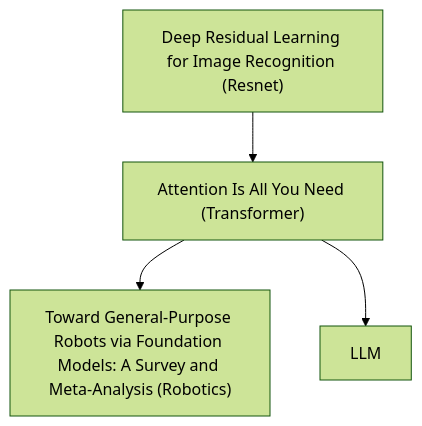
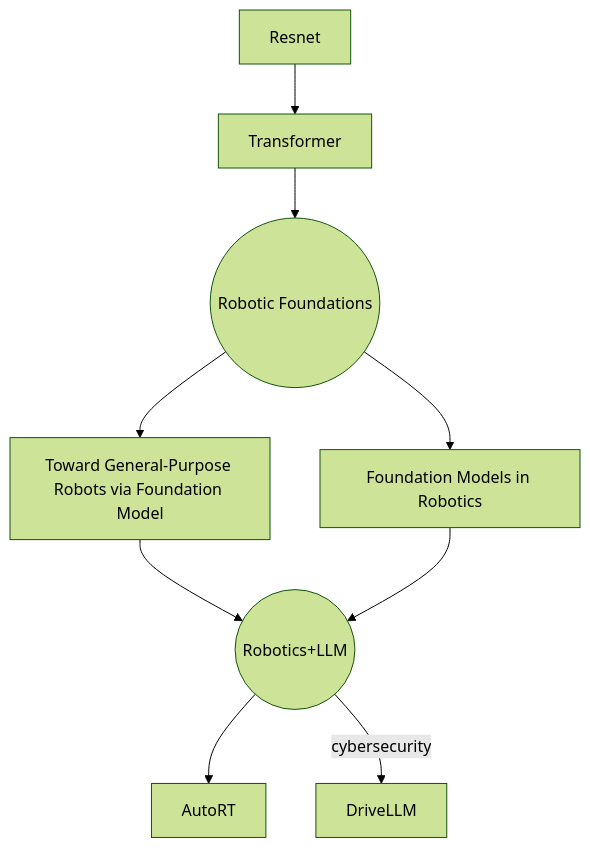
Before and after one commit to MoeBuTa/moebuta.github.io: the diagram in _posts/2024/02/2024-02-27-learning-ai-and-robotics.md, drawn with Mermaid (forest theme). The commit also changed other lines of this file and 28 other files, not shown here.

````diff
--- a/_posts/2024/02/2024-02-27-learning-ai-and-robotics.md
+++ b/_posts/2024/02/2024-02-27-learning-ai-and-robotics.md
@@ -9,12 +9,23 @@
 ```mermaid
 
 graph TD;
 
-id1["Deep Residual Learning for Image Recognition (Resnet)"] --> id2["Attention Is All You Need (Transformer)"];
+id1["Resnet"] --> id2["Transformer"];
 
-id2-->id3["Toward General-Purpose Robots via Foundation Models: A Survey and Meta-Analysis (Robotics)"];
+id2-->d1((Robotic Foundations))
 
-id2-->LLM;
+
+d1-->id3["Toward General-Purpose Robots via Foundation Model"];
+
+d1-->id4["Foundation Models in Robotics"];
+
+id3-->d2((Robotics+LLM))
+
+id4-->d2
+
+d2-->id5["AutoRT"];
+
+d2-->|cybersecurity|id6["DriveLLM"]
 
 
 ```
````
